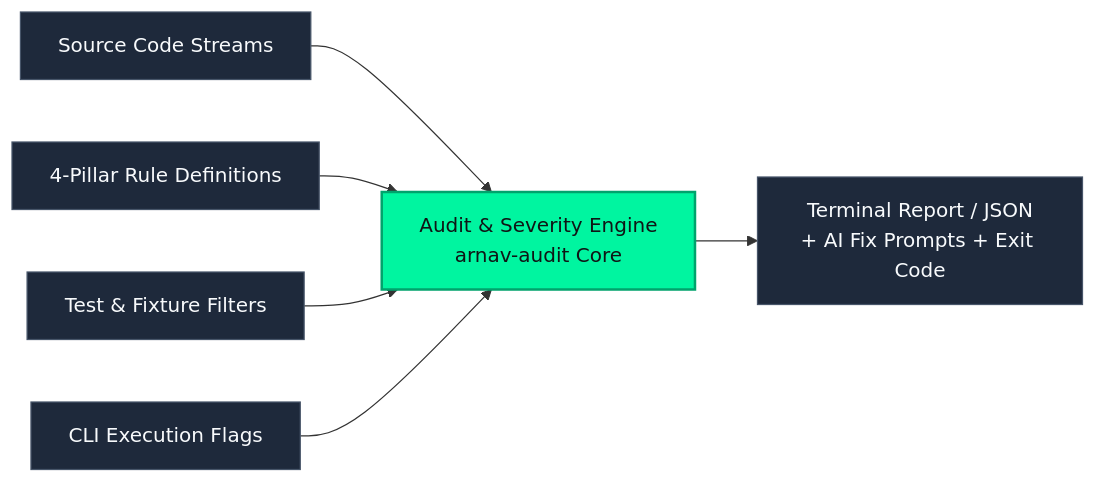
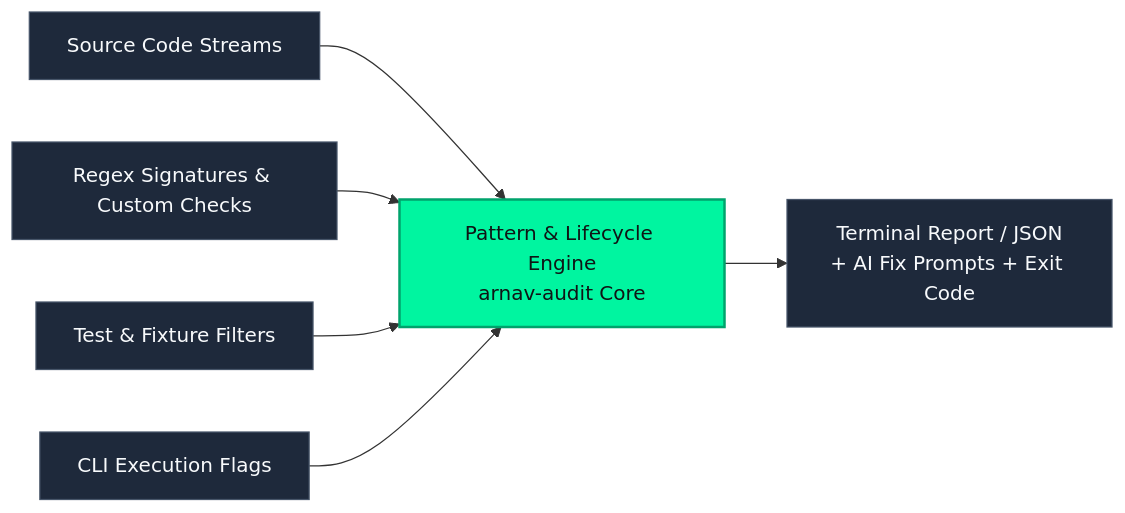
The fifth of 5 diagrams in README.md (arnnnnaaavvvvv/MEJOR), drawn with Mermaid before and after one commit. The commit also changed other lines of this file, not shown here.

Commit message:
docs: refine positioning as developer security & code quality tool with pattern & lifecycle checks

````diff
--- a/README.md
+++ b/README.md
@@ -467,20 +469,20 @@
 ```mermaid
 flowchart LR
     classDef highlight fill:#00f5a0,stroke:#00a36c,stroke-width:2px,color:#0f1515;
     classDef standard fill:#1e293b,stroke:#475569,stroke-width:1px,color:#f8fafc;
 
     SOURCE[Source Code Streams]:::standard
-    RULES[4-Pillar Rule Definitions]:::standard
+    RULES[Regex Signatures & Custom Checks]:::standard
     TEST_FILTER[Test & Fixture Filters]:::standard
     CLI_FLAGS[CLI Execution Flags]:::standard
 
-    ENGINE[Audit & Severity Engine<br/>arnav-audit Core]:::highlight
+    ENGINE[Pattern & Lifecycle Engine<br/>arnav-audit Core]:::highlight
 
     OUTPUT[Terminal Report / JSON<br/>+ AI Fix Prompts + Exit Code]:::standard
 
     SOURCE --> ENGINE
     RULES --> ENGINE
     TEST_FILTER --> ENGINE
     CLI_FLAGS --> ENGINE
     ENGINE --> OUTPUT
 ```
````
